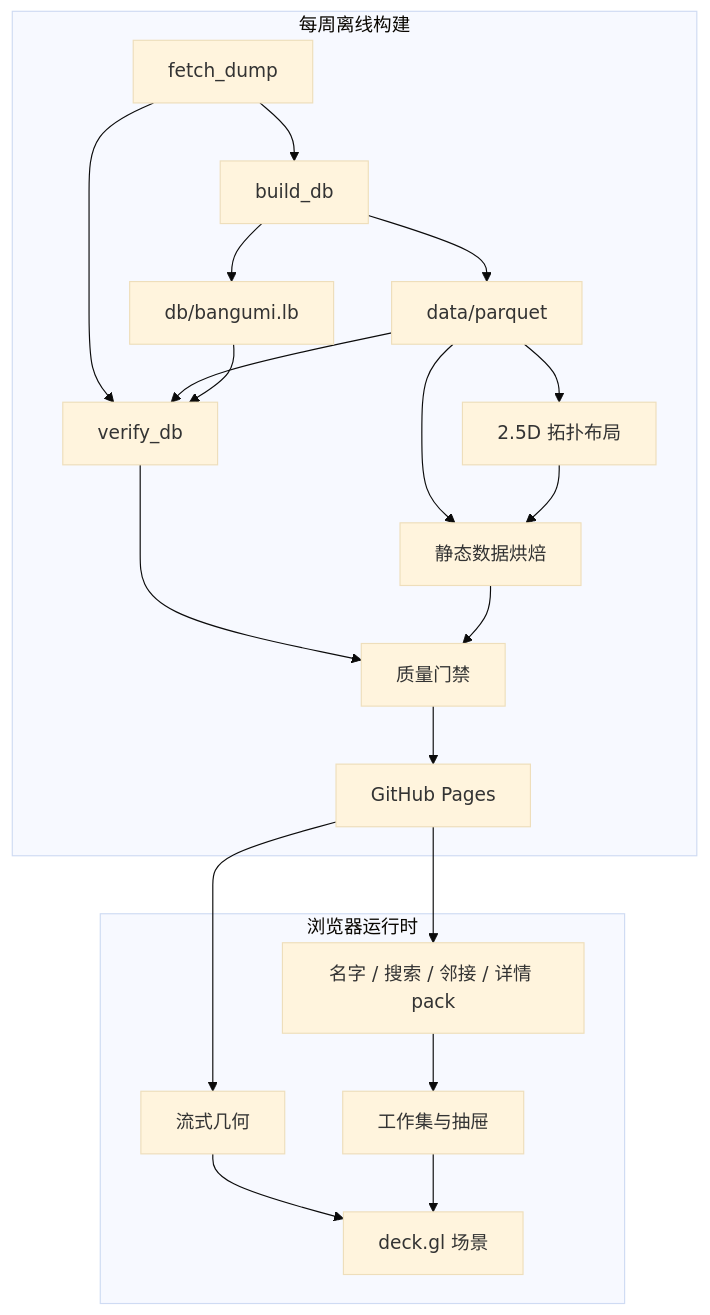
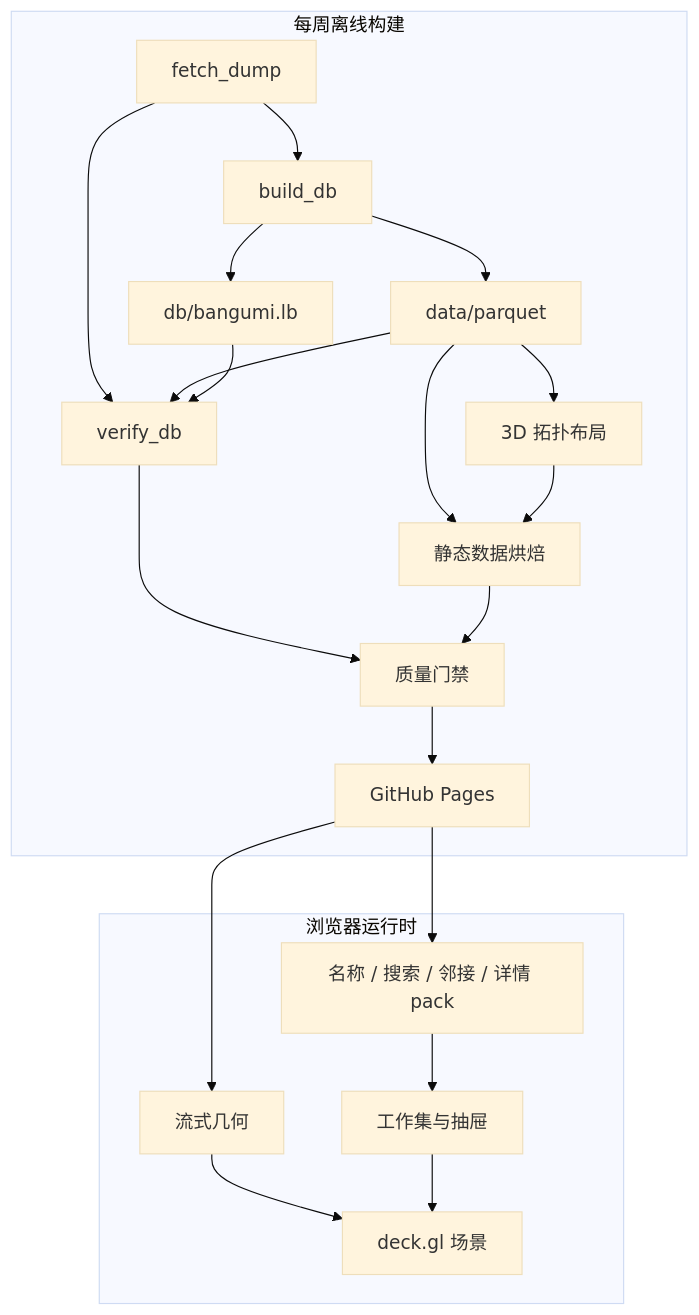
The diagram in docs/EXPLORER_ARCHITECTURE.md (vauxe/bangumi-atlas), drawn with Mermaid (base theme) before and after one commit. The commit also changed other lines of this file and 6 other files, not shown here.

````diff
--- a/docs/EXPLORER_ARCHITECTURE.md
+++ b/docs/EXPLORER_ARCHITECTURE.md
@@ -27,26 +27,26 @@
 ```mermaid
 flowchart TB
     subgraph Weekly[每周离线构建]
         A[fetch_dump] --> B[build_db]
         B --> P[data/parquet]
         B --> C[db/bangumi.lb]
         A --> D[verify_db]
         P --> D
         C --> D
-        P --> E[2.5D 拓扑布局]
+        P --> E[3D 拓扑布局]
         P --> F[静态数据烘焙]
         E --> F
         D --> Q[质量门禁]
         F --> Q
         Q --> G[GitHub Pages]
     end
 
     subgraph Browser[浏览器运行时]
         H[流式几何] --> I[deck.gl 场景]
-        J[名字 / 搜索 / 邻接 / 详情 pack] --> K[工作集与抽屉]
+        J[名称 / 搜索 / 邻接 / 详情 pack] --> K[工作集与抽屉]
         K --> I
     end
 
     G --> H
     G --> J
 ```
````
